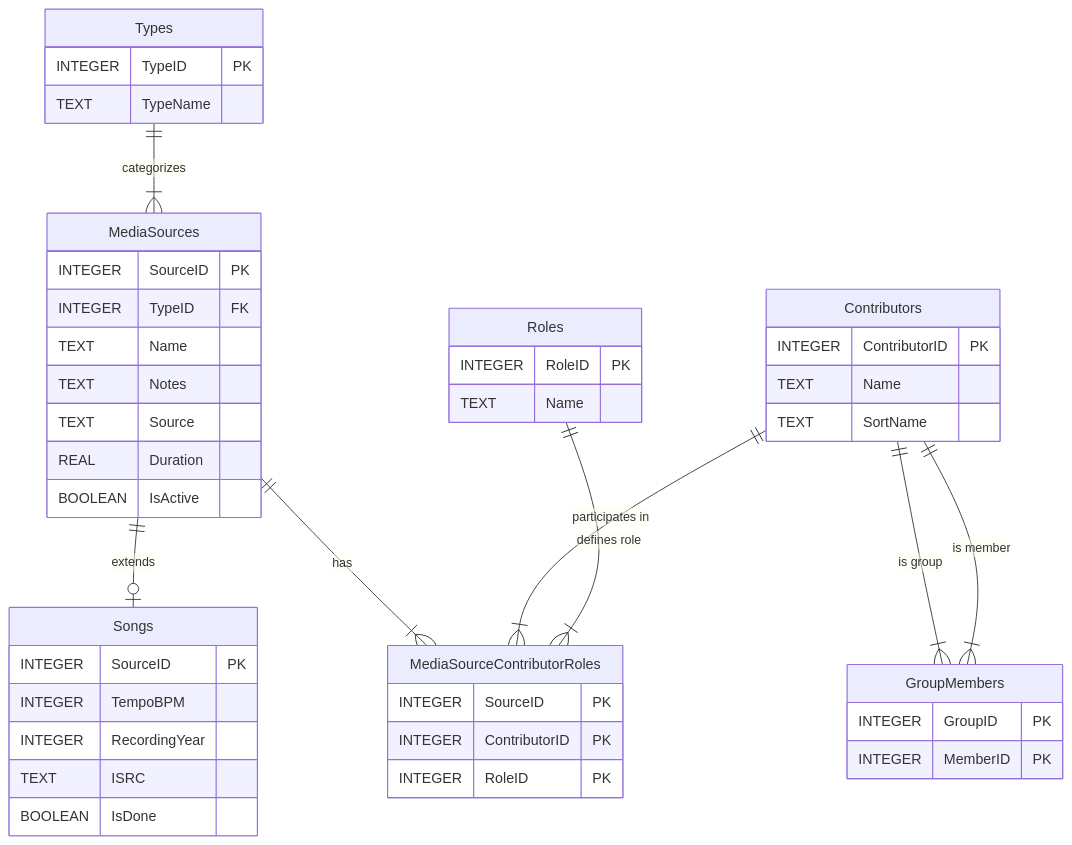
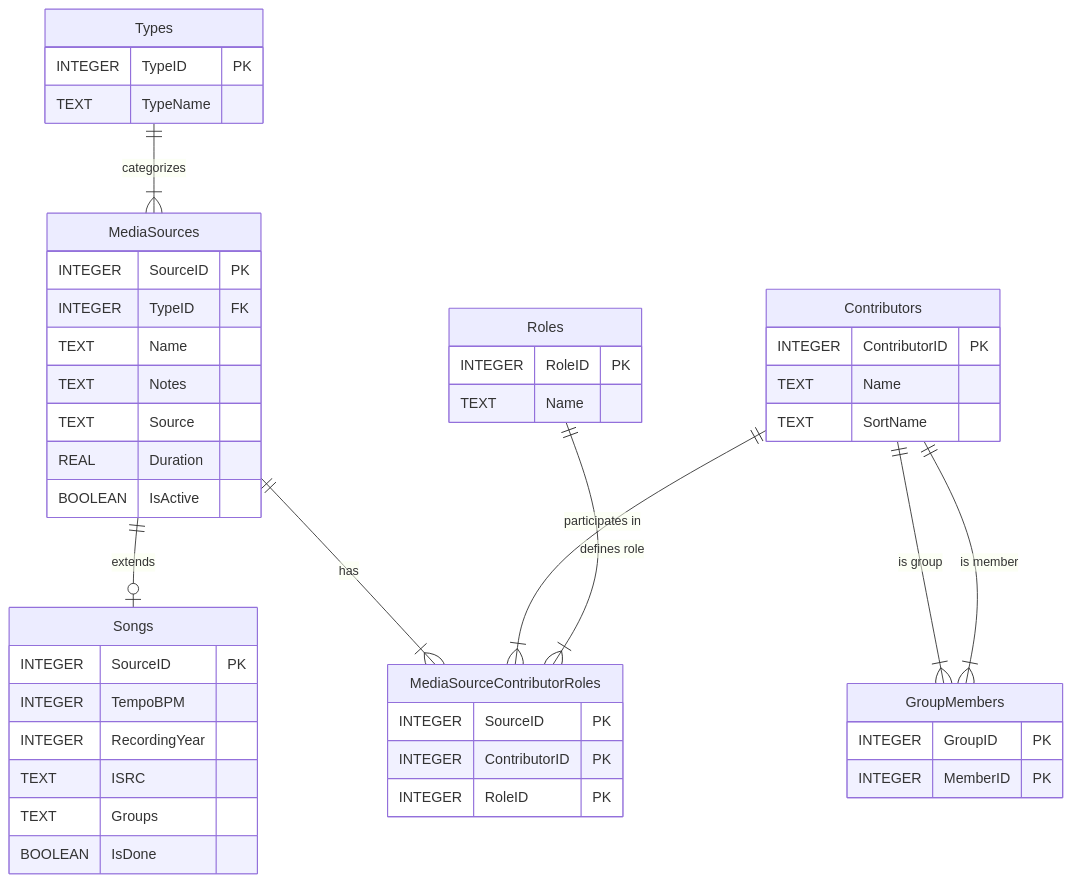
Before and after one commit to PROdotes/Gosling2: the first of 2 diagrams in DATABASE.md, drawn with Mermaid. The commit also changed other lines of this file and 34 other files, not shown here.

````diff
--- a/DATABASE.md
+++ b/DATABASE.md
@@ -59,55 +59,56 @@
 ```mermaid
 erDiagram
     Types ||--|{ MediaSources : "categorizes"
     MediaSources ||--o| Songs : "extends"
     MediaSources ||--|{ MediaSourceContributorRoles : "has"
     Contributors ||--|{ MediaSourceContributorRoles : "participates in"
     Roles ||--|{ MediaSourceContributorRoles : "defines role"
     Contributors ||--|{ GroupMembers : "is group"
     Contributors ||--|{ GroupMembers : "is member"
 
     Types {
         INTEGER TypeID PK
         TEXT TypeName
     }
 
     MediaSources {
         INTEGER SourceID PK
         INTEGER TypeID FK
         TEXT Name
         TEXT Notes
         TEXT Source
         REAL Duration
         BOOLEAN IsActive
     }
 
     Songs {
         INTEGER SourceID PK
         INTEGER TempoBPM
         INTEGER RecordingYear
         TEXT ISRC
+        TEXT Groups
         BOOLEAN IsDone
     }
 
     Contributors {
         INTEGER ContributorID PK
         TEXT Name
         TEXT SortName
     }
 
     Roles {
         INTEGER RoleID PK
         TEXT Name
     }
 
     MediaSourceContributorRoles {
         INTEGER SourceID PK
         INTEGER ContributorID PK
         INTEGER RoleID PK
     }
 
     GroupMembers {
         INTEGER GroupID PK
         INTEGER MemberID PK
     }
 ```
````
